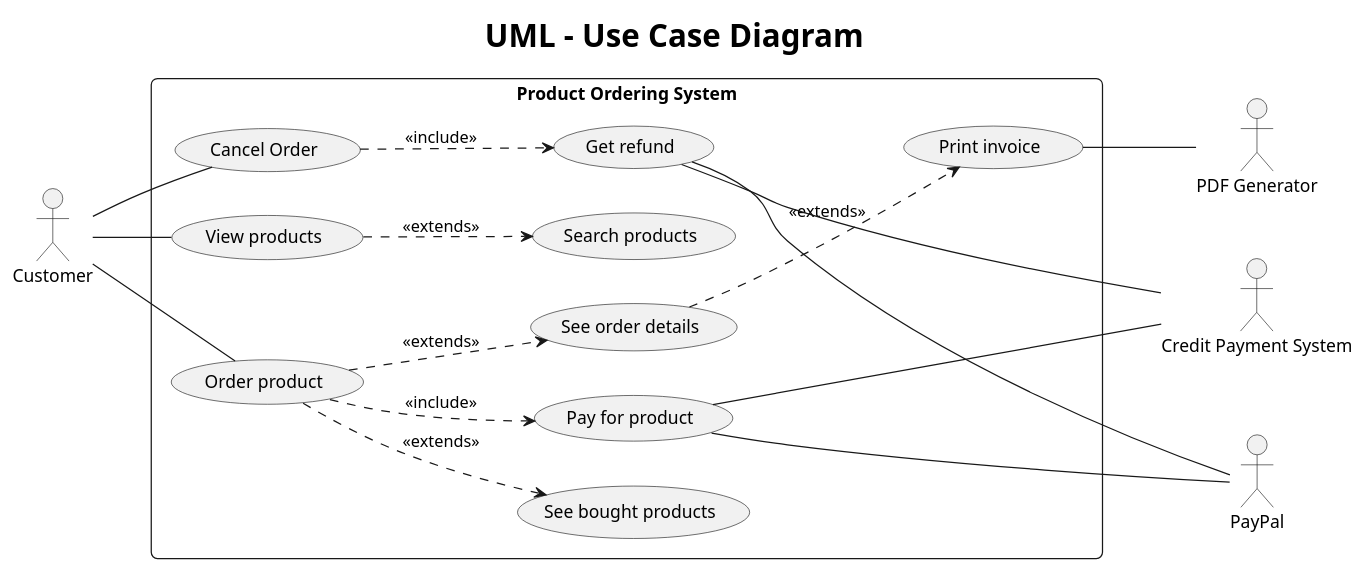
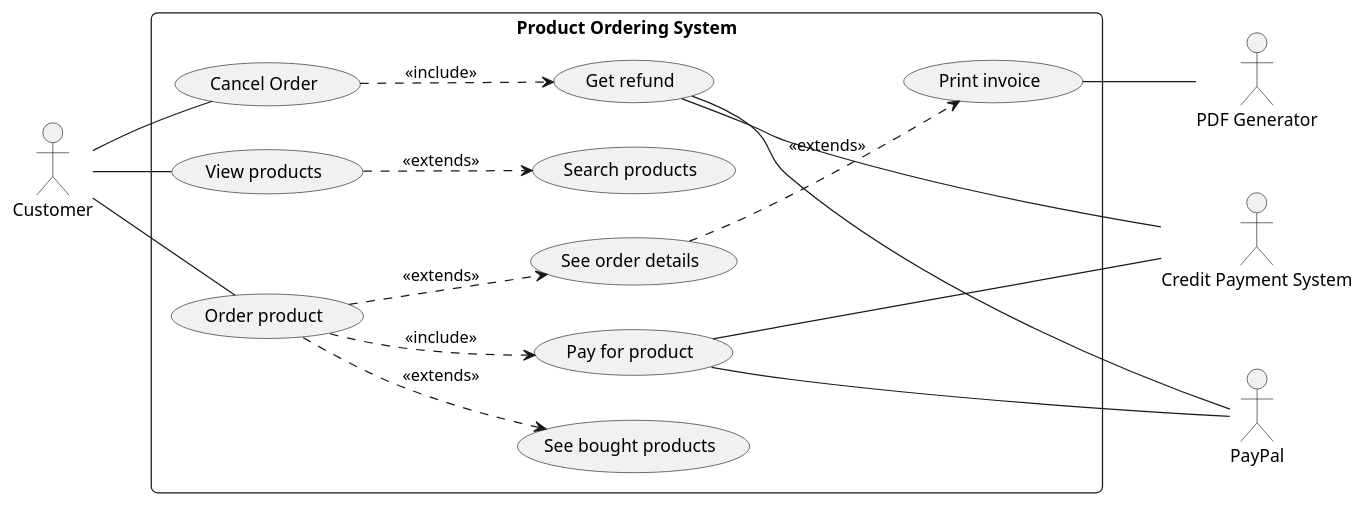
Before and after one commit to ensarhamzic/diplomski-rad-softversko-inzenjerstvo: the diagram in uml/usecase/diagram.puml, drawn with PlantUML. The commit also changed 9 other files, not shown here.

Commit message:
remove titles from diagrams

```diff
--- a/uml/usecase/diagram.puml
+++ b/uml/usecase/diagram.puml
@@ -1,36 +1,30 @@
 @startuml
-
-skinparam titleFontSize 25
 skinparam roundCorner 10
-
-title
-UML - Use Case Diagram
-end title
 
 left to right direction
 
 actor Customer
 actor "Credit Payment System"
 actor PayPal
 actor "PDF Generator"
 
 rectangle "Product Ordering System" {
     (Cancel Order) ..> (Get refund) : <<include>>
     (View products) ..> (Search products) : <<extends>>
     (Order product) ..> (Pay for product) : <<include>>
     (Order product) ..> (See order details) : <<extends>>
     (See order details) ..> (Print invoice) : <<extends>>
     (Order product) ..> (See bought products) : <<extends>>
 }
 
 Customer -- (Order product)
 Customer -- (View products)
 Customer -- (Cancel Order)
 (Pay for product)  --- "Credit Payment System"
 (Pay for product)  --- "PayPal"
 (Get refund)  --- "Credit Payment System"
 (Get refund)  --- "PayPal"
 (Print invoice)  -- "PDF Generator"
 
 
 @enduml
```
